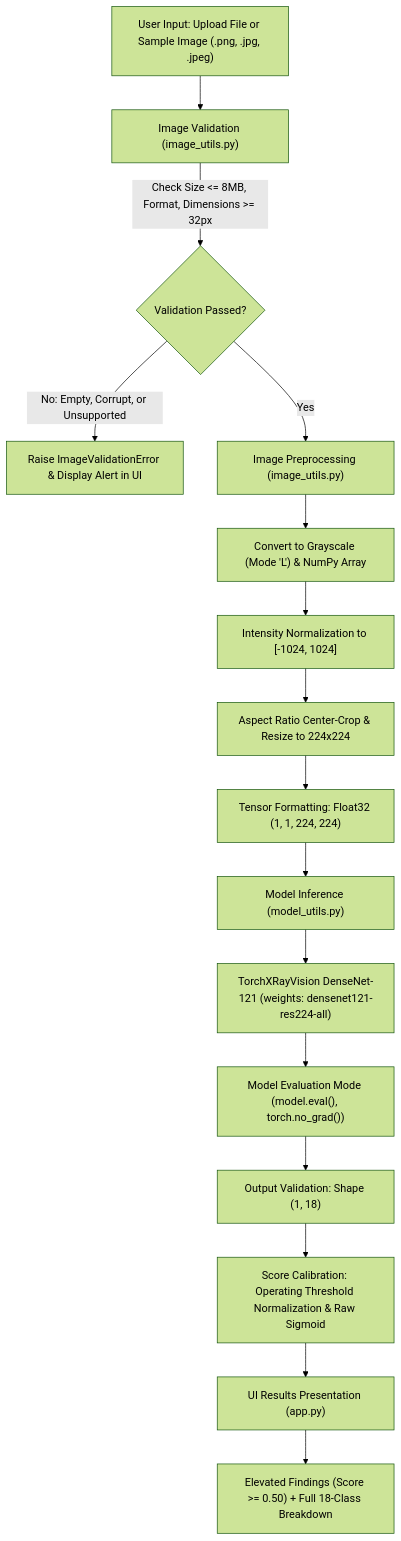
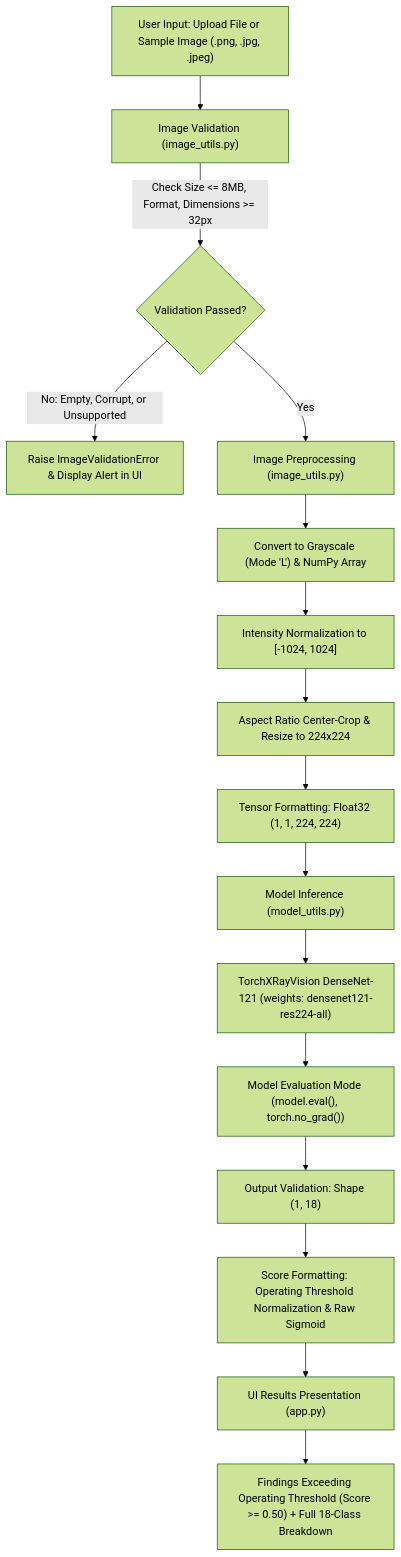
One commit to Abhignaaaaa/MediScan-AI changed the diagram in docs/architecture.md. Above: the diagram before and after it, drawn with Mermaid (forest theme). The commit also changed other lines of this file and 7 other files, not shown here.

````diff
--- a/docs/architecture.md
+++ b/docs/architecture.md
@@ -9,18 +9,18 @@
 ```mermaid
 flowchart TD
     A["User Input: Upload File or Sample Image (.png, .jpg, .jpeg)"] --> B["Image Validation (image_utils.py)"]
     B -->|Check Size <= 8MB, Format, Dimensions >= 32px| C{"Validation Passed?"}
     C -->|No: Empty, Corrupt, or Unsupported| D["Raise ImageValidationError & Display Alert in UI"]
     C -->|Yes| E["Image Preprocessing (image_utils.py)"]
     E --> F["Convert to Grayscale (Mode 'L') & NumPy Array"]
     F --> G["Intensity Normalization to [-1024, 1024]"]
     G --> H["Aspect Ratio Center-Crop & Resize to 224x224"]
     H --> I["Tensor Formatting: Float32 (1, 1, 224, 224)"]
     I --> J["Model Inference (model_utils.py)"]
     J --> K["TorchXRayVision DenseNet-121 (weights: densenet121-res224-all)"]
     K --> L["Model Evaluation Mode (model.eval(), torch.no_grad())"]
     L --> M["Output Validation: Shape (1, 18)"]
-    M --> N["Score Calibration: Operating Threshold Normalization & Raw Sigmoid"]
+    M --> N["Score Formatting: Operating Threshold Normalization & Raw Sigmoid"]
     N --> O["UI Results Presentation (app.py)"]
-    O --> P["Elevated Findings (Score >= 0.50) + Full 18-Class Breakdown"]
+    O --> P["Findings Exceeding Operating Threshold (Score >= 0.50) + Full 18-Class Breakdown"]
 ```
````
